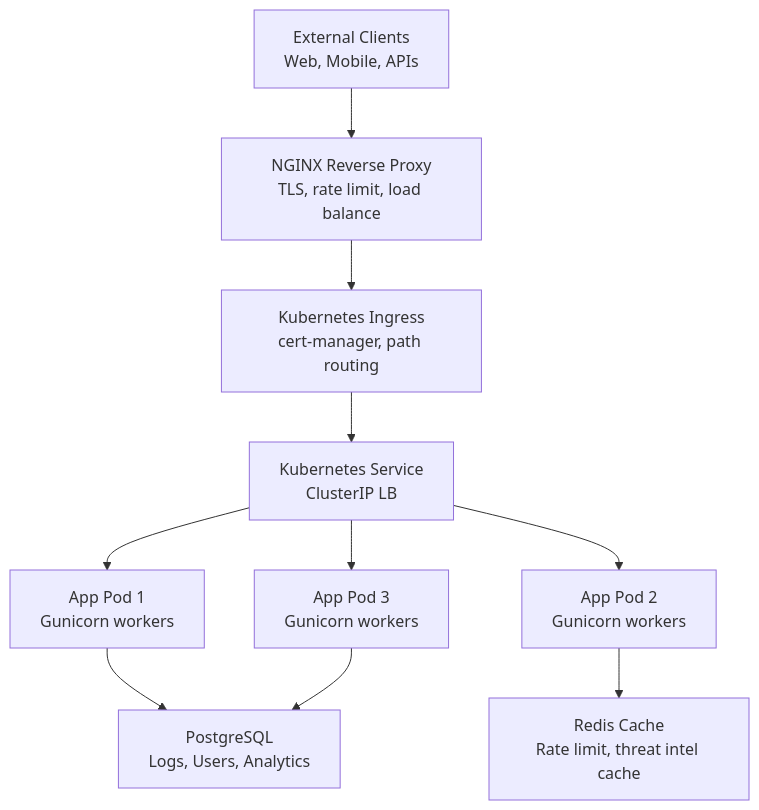
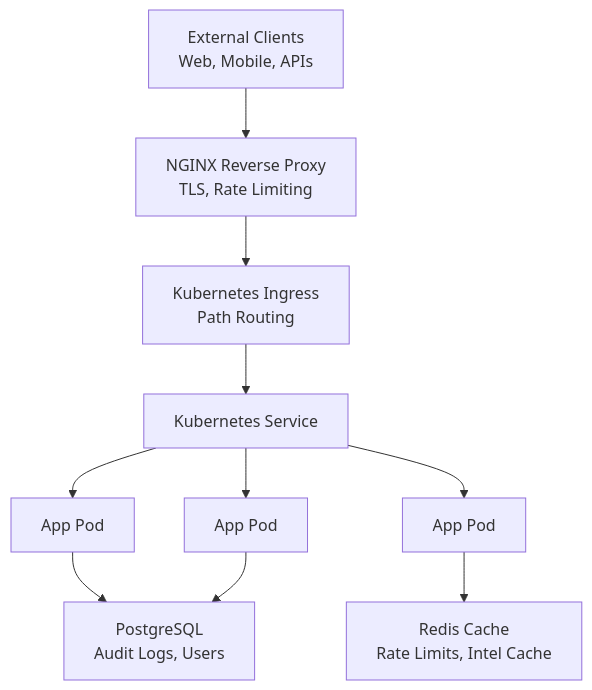
The second of 8 diagrams in docs/ARCHITECTURE.md (SabarishR08/llm-prompt-security-middleware), drawn with Mermaid before and after one commit. The commit also changed other lines of this file, not shown here.

````diff
--- a/docs/ARCHITECTURE.md
+++ b/docs/ARCHITECTURE.md
@@ -19,12 +23,12 @@
 ```mermaid
 flowchart TD
-    Clients[External Clients<br/>Web, Mobile, APIs] --> Nginx[NGINX Reverse Proxy<br/>TLS, rate limit, load balance]
-    Nginx --> Ingress[Kubernetes Ingress<br/>cert-manager, path routing]
-    Ingress --> Svc[Kubernetes Service<br/>ClusterIP LB]
-    Svc --> Pod1[App Pod 1<br/>Gunicorn workers]
-    Svc --> Pod2[App Pod 2<br/>Gunicorn workers]
-    Svc --> Pod3[App Pod 3<br/>Gunicorn workers]
-    Pod1 --> PG[PostgreSQL<br/>Logs, Users, Analytics]
-    Pod2 --> Redis[Redis Cache<br/>Rate limit, threat intel cache]
+    Clients[External Clients<br/>Web, Mobile, APIs] --> Nginx[NGINX Reverse Proxy<br/>TLS, Rate Limiting]
+    Nginx --> Ingress[Kubernetes Ingress<br/>Path Routing]
+    Ingress --> Svc[Kubernetes Service]
+    Svc --> Pod1[App Pod]
+    Svc --> Pod2[App Pod]
+    Svc --> Pod3[App Pod]
+    Pod1 --> PG[PostgreSQL<br/>Audit Logs, Users]
+    Pod2 --> Redis[Redis Cache<br/>Rate Limits, Intel Cache]
     Pod3 --> PG
 ```
````
